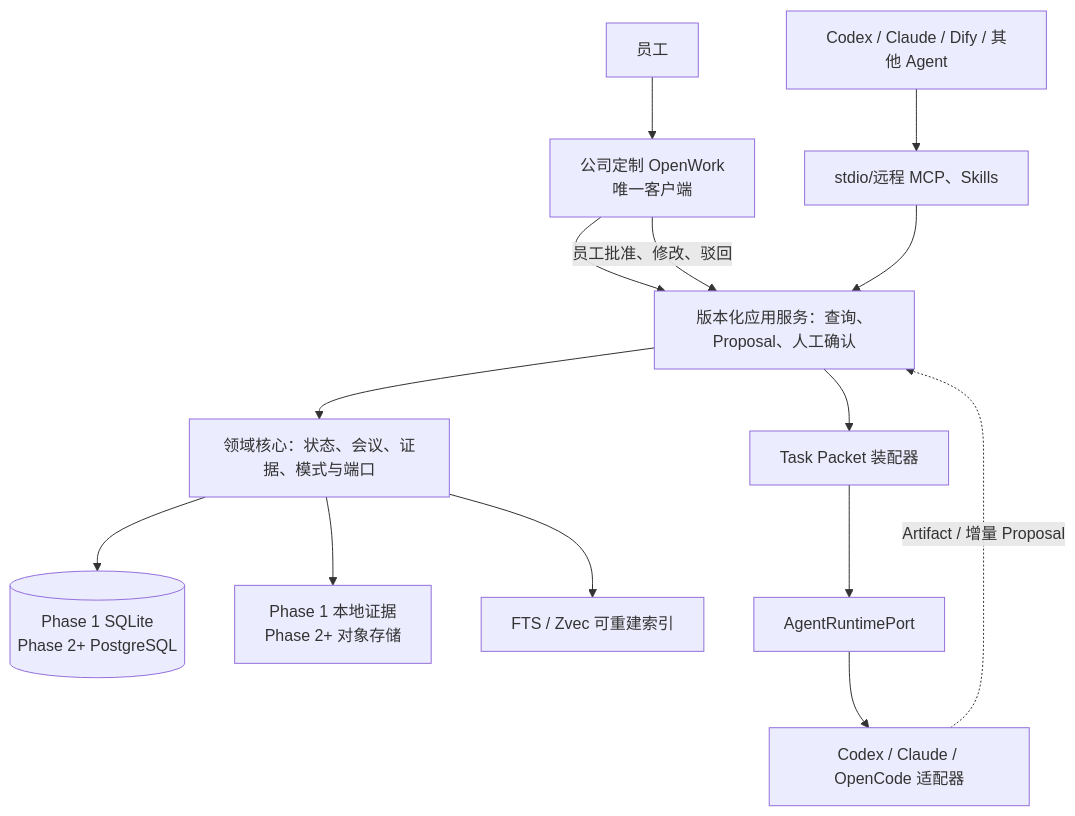
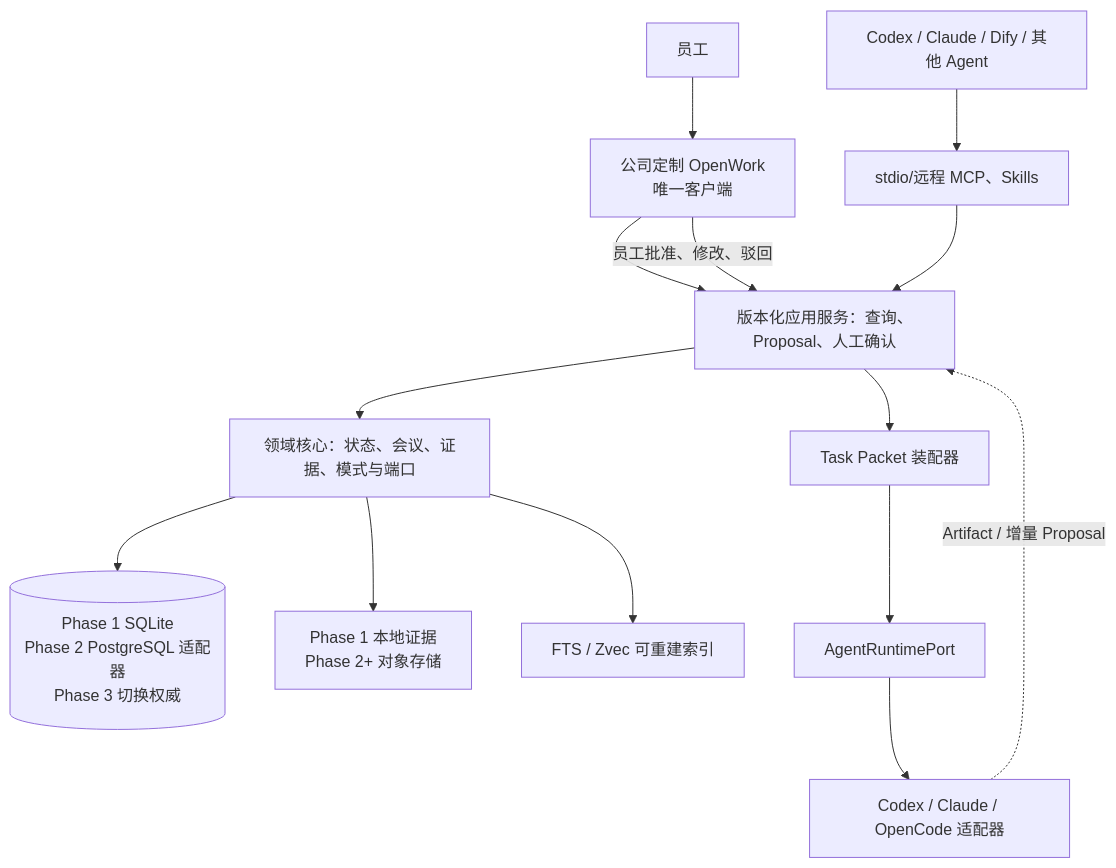
The diagram in docs/plan/architecture-and-contracts.md (xingranya/fox), drawn with Mermaid before and after one commit. The commit also changed other lines of this file and 25 other files, not shown here.

First line of the commit message:
feat(storage): 实现 PostgreSQL 权威事件与投影

````diff
--- a/docs/plan/architecture-and-contracts.md
+++ b/docs/plan/architecture-and-contracts.md
@@ -69,20 +75,20 @@
 ```mermaid
 flowchart TB
     FOX["员工"] --> UI["公司定制 OpenWork\n唯一客户端"]
     AI["Codex / Claude / Dify / 其他 Agent"] --> MCP["stdio/远程 MCP、Skills"]
 
     UI --> APP["版本化应用服务：查询、Proposal、人工确认"]
     MCP --> APP
     APP --> CORE["领域核心：状态、会议、证据、模式与端口"]
 
-    CORE --> DB[("Phase 1 SQLite\nPhase 2+ PostgreSQL")]
+    CORE --> DB[("Phase 1 SQLite\nPhase 2 PostgreSQL 适配器\nPhase 3 切换权威")]
     CORE --> EVIDENCE["Phase 1 本地证据\nPhase 2+ 对象存储"]
     CORE --> SEARCH["FTS / Zvec 可重建索引"]
 
     APP --> PACKET["Task Packet 装配器"]
     PACKET --> RUNTIME["AgentRuntimePort"]
     RUNTIME --> ADAPTERS["Codex / Claude / OpenCode 适配器"]
     ADAPTERS -. "Artifact / 增量 Proposal" .-> APP
 
     UI -->|"员工批准、修改、驳回"| APP
 ```
````
